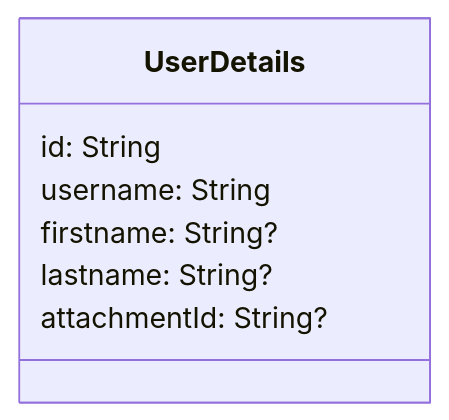
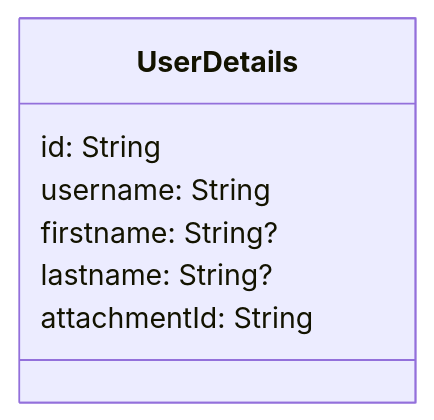
One commit to Group-Expense-Manager/gem-docs changed the fourth of 9 diagrams in docs/contracts.md. Above: the diagram before and after it, drawn with Mermaid. The commit also changed other lines of this file and 2 other files, not shown here.

````diff
--- a/docs/contracts.md
+++ b/docs/contracts.md
@@ -198,12 +199,12 @@
 ```mermaid
 classDiagram
 
 class UserDetails {
     id: String
     username: String
     firstname: String?
     lastname: String?
-    attachmentId: String?
+    attachmentId: String
 }
 
 ```
````
